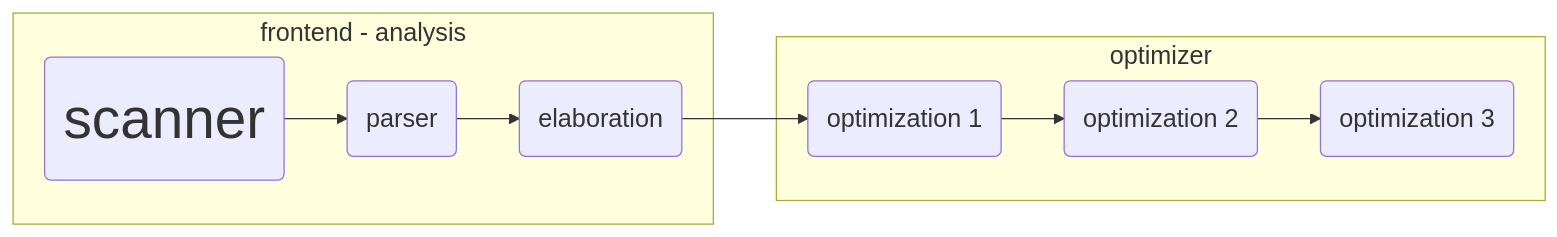
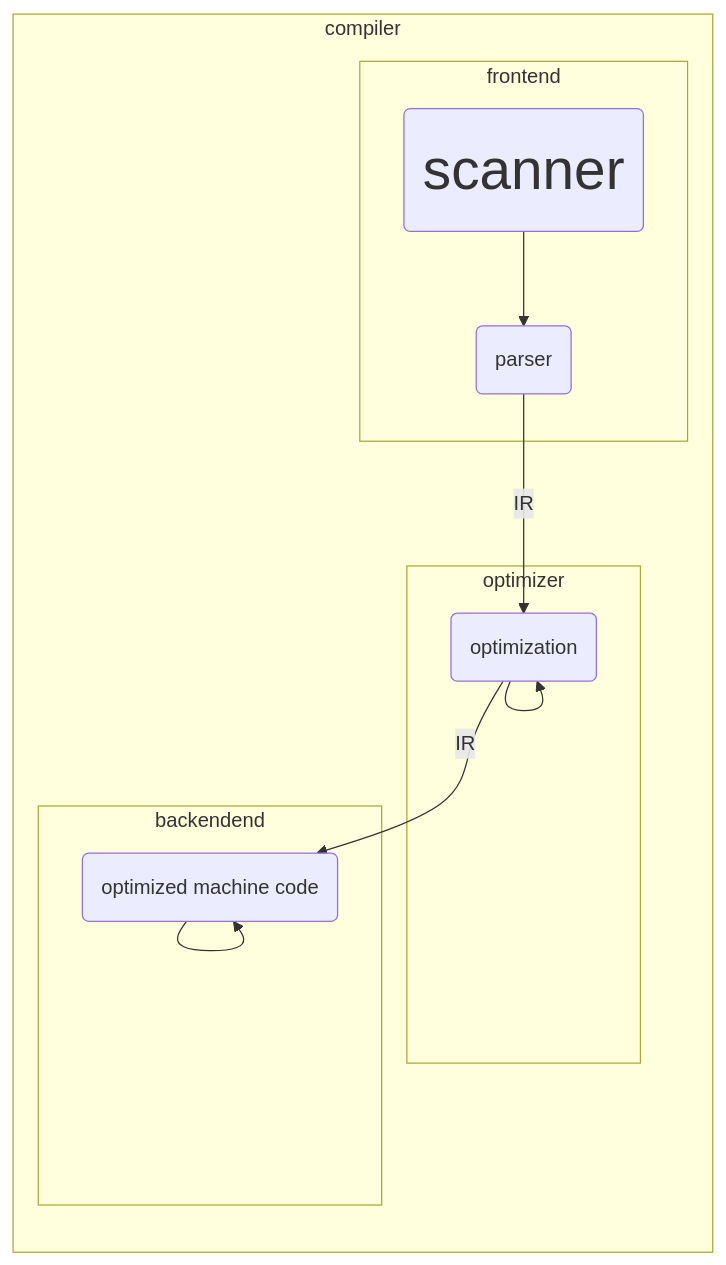
Before and after one commit to m-fakhry/comp304-2022: the third of 3 diagrams in lec1.md, drawn with Mermaid. The commit also changed other lines of this file and 2 other files, not shown here.

````diff
--- a/lec1.md
+++ b/lec1.md
@@ -49,13 +51,18 @@
 ```mermaid
-%%{init: {'themeVariables': { 'fontSize': '20px', 'fontFamily': 'verdana'}}}%%
   graph LR;
+    subgraph compiler
       subgraph optimizer
-        o1(optimization 1) --> o2(optimization 2 ) --> o3(optimization 3 )
+        o(optimization) -->  o
       end
-      subgraph frontend - analysis
-        s(scanner) --> p(parser) --> e(elaboration)
+      subgraph frontend
+        s(scanner) --> p(parser)
       end
-      e --> o1;
+      subgraph backendend
+        g(optimized machine code) --> g
+      end
+    end
+      p --IR--> o;
+      o --IR--> g;
       classDef bigger font-size:45
       class s,c bigger
 ```
````
